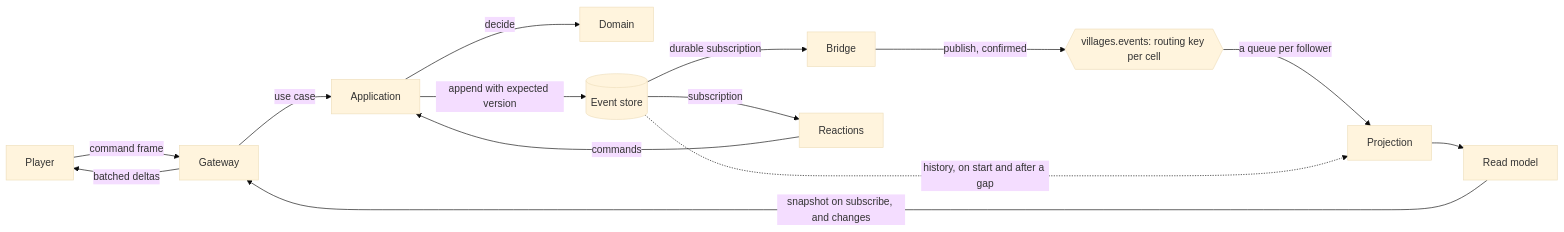
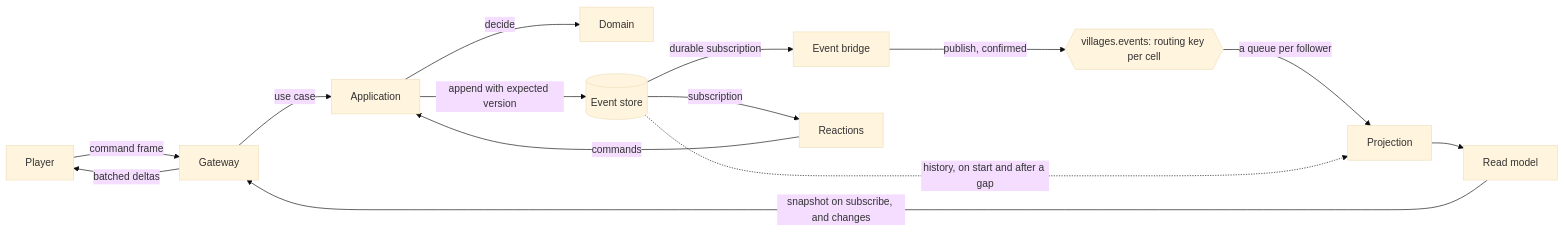
The diagram in docs/ARCHITECTURE.md (Ghilt/Villages), drawn with Mermaid (base theme) before and after one commit. The commit also changed other lines of this file and 18 other files, not shown here.

First line of the commit message:
refactor(rabbit): the bridge to the broker is the event bridge, the word bridge going to the river's

````diff
--- a/docs/ARCHITECTURE.md
+++ b/docs/ARCHITECTURE.md
@@ -252,16 +252,16 @@
 ```mermaid
 flowchart LR
   P[Player] -->|command frame| G[Gateway]
   G -->|use case| A[Application]
   A -->|decide| D[Domain]
   A -->|append with expected version| ES[(Event store)]
-  ES -->|durable subscription| BR[Bridge]
+  ES -->|durable subscription| BR[Event bridge]
   ES -->|subscription| RE[Reactions]
   RE -->|commands| A
   BR -->|publish, confirmed| X{{villages.events: routing key per cell}}
   X -->|a queue per follower| PR[Projection]
   ES -.->|history, on start and after a gap| PR
   PR --> RM[Read model]
   RM -->|snapshot on subscribe, and changes| G
   G -->|batched deltas| P
 ```
````
